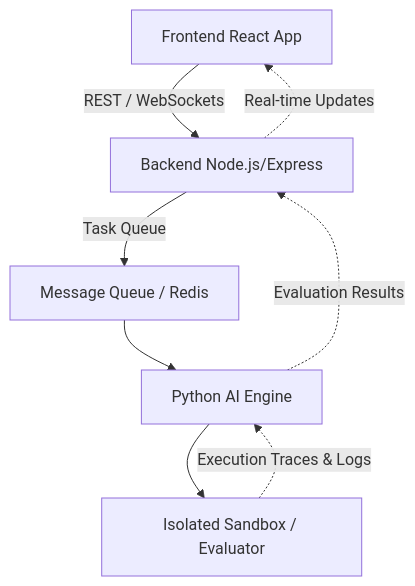
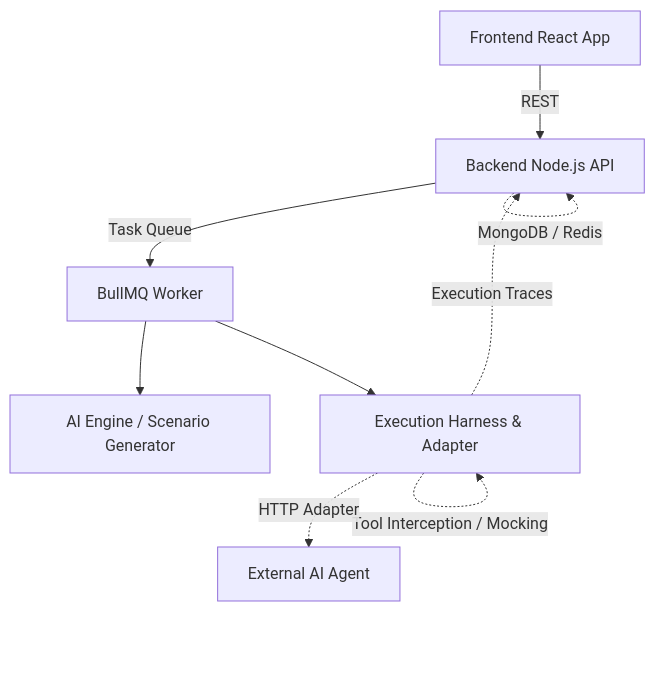
One commit to sumitag9462/AgentGuard changed the diagram in README.md. Above: the diagram before and after it, drawn with Mermaid. The commit also changed other lines of this file and 90 other files, not shown here.

````diff
--- a/README.md
+++ b/README.md
@@ -24,10 +24,11 @@
 ```mermaid
 graph TD
-    A[Frontend React App] -->|REST / WebSockets| B[Backend Node.js/Express]
-    B -->|Task Queue| C[Message Queue / Redis]
-    C --> D[Python AI Engine]
-    D --> E[Isolated Sandbox / Evaluator]
-    E -.->|Execution Traces & Logs| D
-    D -.->|Evaluation Results| B
-    B -.->|Real-time Updates| A
+    A[Frontend React App] -->|REST| B[Backend Node.js API]
+    B -->|Task Queue| C[BullMQ Worker]
+    C --> D[AI Engine / Scenario Generator]
+    C --> E[Execution Harness & Adapter]
+    E -.->|Tool Interception / Mocking| E
+    E -.->|HTTP Adapter| F[External AI Agent]
+    E -.->|Execution Traces| B
+    B -.->|MongoDB / Redis| B
 ```
````
